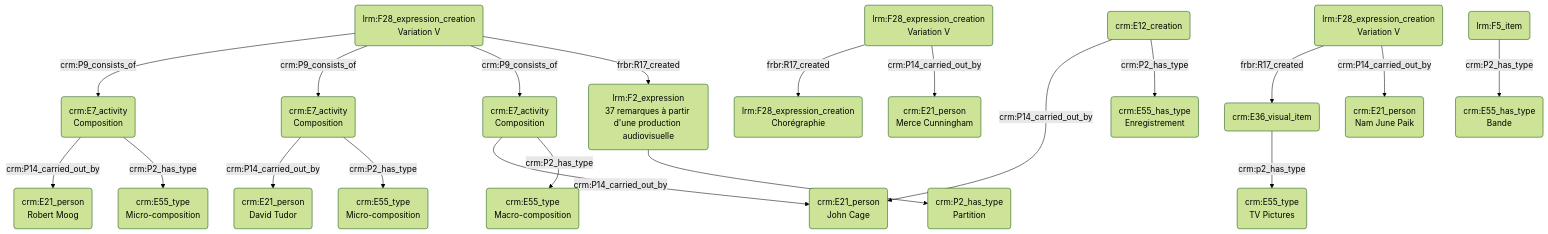
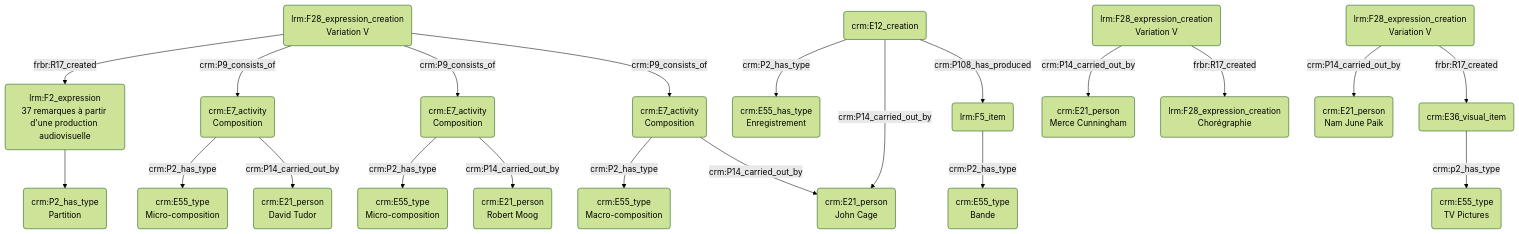
Before and after one commit to Amleth/consortium-musica2-gt2-ontologies: the diagram in modules/livrables/Dossier 2/Variation_V.md, drawn with Mermaid (forest theme).

````diff
--- a/modules/livrables/Dossier 2/Variation_V.md
+++ b/modules/livrables/Dossier 2/Variation_V.md
@@ -1,28 +1,40 @@
 ```mermaid
 graph TD;
 
 A(lrm:F28_expression_creation<br>Variation V) -->|frbr:R17_created| B(lrm:F2_expression<br>37 remarques à partir d'une production audiovisuelle)
-B(lrm:F2_expression<br>37 remarques à partir d'une production audiovisuelle) --> C(crm:P2_has_type<br>Partition)
-A(lrm:F28_expression_creation<br>Variation V) --> |crm:P9_consists_of| D(crm:E7_activity<br>Composition)
-D(crm:E7_activity<br>Composition) --> |crm:P2_has_type| R(crm:E55_type<br>Macro-composition)
+
 A(lrm:F28_expression_creation<br>Variation V) --> |crm:P9_consists_of| E(crm:E7_activity<br>Composition)
 E(crm:E7_activity<br>Composition) --> |crm:P2_has_type| S(crm:E55_type<br>Micro-composition)
+D(crm:E7_activity<br>Composition) --> |crm:P2_has_type| G(crm:E55_type<br>Macro-composition)
 A(lrm:F28_expression_creation<br>Variation V) --> |crm:P9_consists_of| F(crm:E7_activity<br>Composition)
+D(crm:E7_activity<br>Composition) --> |crm:P14_carried_out_by| R(crm:E21_person<br>John Cage)
+
 F(crm:E7_activity<br>Composition) --> |crm:P2_has_type| T(crm:E55_type<br>Micro-composition)
-D(crm:E7_activity<br>Composition) --> |crm:P14_carried_out_by| G(crm:E21_person<br>John Cage)
+
+
 E(crm:E7_activity<br>Composition) --> |crm:P14_carried_out_by| H(crm:E21_person<br>David Tudor)
 F(crm:E7_activity<br>Composition) --> |crm:P14_carried_out_by| I(crm:E21_person<br>Robert Moog)
+
+
+A(lrm:F28_expression_creation<br>Variation V) --> |crm:P9_consists_of| D(crm:E7_activity<br>Composition)
+
+B(lrm:F2_expression<br>37 remarques à partir d'une production audiovisuelle) --> C(crm:P2_has_type<br>Partition)
+
+
+
+W(crm:E12_creation) --> |crm:P2_has_type| X(crm:E55_has_type<br>Enregistrement)
+Y(lrm:F5_item) --> |crm:P2_has_type| V(crm:E55_type<br>Bande)
+W(crm:E12_creation) ---> |crm:P14_carried_out_by| R(crm:E21_person<br>John Cage)
+W(crm:E12_creation) --> |crm:P108_has_produced| Y(lrm:F5_item)
+
+
 
 O(lrm:F28_expression_creation<br>Variation V) -->|crm:P14_carried_out_by| Q(crm:E21_person<br>Merce Cunningham)
 O(lrm:F28_expression_creation<br>Variation V) -->|frbr:R17_created| K(lrm:F28_expression_creation<br>Chorégraphie)
 
 P(lrm:F28_expression_creation<br>Variation V) -->|crm:P14_carried_out_by| L(crm:E21_person<br>Nam June Paik)
 P(lrm:F28_expression_creation<br>Variation V) -->|frbr:R17_created| M(crm:E36_visual_item)
 M(crm:E36_visual_item) --> |crm:p2_has_type| N(crm:E55_type<br>TV Pictures)
 
-W(crm:E12_creation) --> |crm:P2_has_type| X(crm:E55_has_type<br>Enregistrement)
-U(lrm:F5_item) --> |crm:P2_has_type| V(crm:E55_has_type<br>Bande)
-W(crm:E12_creation) ---> |crm:P14_carried_out_by| G(crm:E21_person<br>John Cage)
-
 
 ```
````
